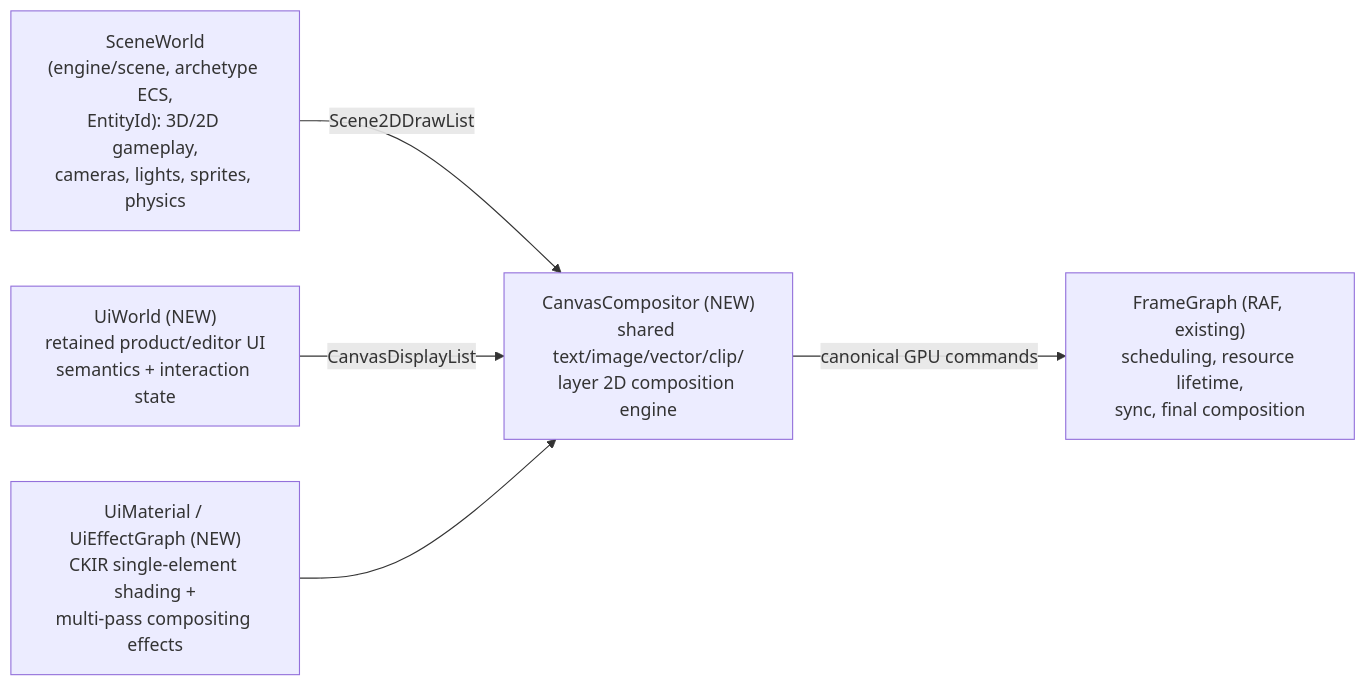
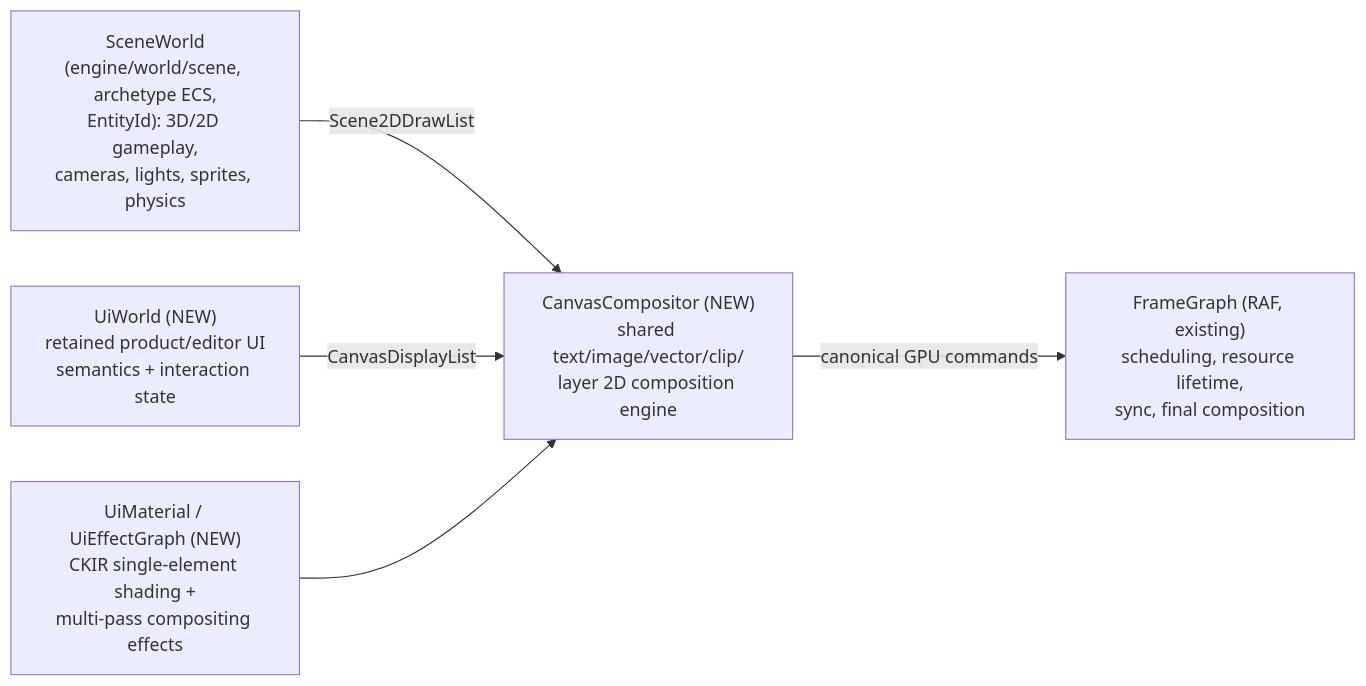
One commit to yatiyr/CRD changed the first of 6 diagrams in docs/decisions/0107-ui-2d-architecture.md. Above: the diagram before and after it, drawn with Mermaid. The commit also changed other lines of this file and 3578 other files, not shown here.

````diff
--- a/docs/decisions/0107-ui-2d-architecture.md
+++ b/docs/decisions/0107-ui-2d-architecture.md
@@ -69,12 +69,12 @@
 ```mermaid
 flowchart LR
-  SW["SceneWorld<br/>(engine/scene, archetype ECS,<br/>EntityId): 3D/2D gameplay,<br/>cameras, lights, sprites, physics"]
+  SW["SceneWorld<br/>(engine/world/scene, archetype ECS,<br/>EntityId): 3D/2D gameplay,<br/>cameras, lights, sprites, physics"]
   UW["UiWorld (NEW)<br/>retained product/editor UI<br/>semantics + interaction state"]
   CC["CanvasCompositor (NEW)<br/>shared text/image/vector/clip/<br/>layer 2D composition engine"]
   UM["UiMaterial / UiEffectGraph (NEW)<br/>CKIR single-element shading +<br/>multi-pass compositing effects"]
   FG["FrameGraph (RAF, existing)<br/>scheduling, resource lifetime,<br/>sync, final composition"]
   SW -->|Scene2DDrawList| CC
   UW -->|CanvasDisplayList| CC
   UM --> CC
   CC -->|canonical GPU commands| FG
 ```
````
